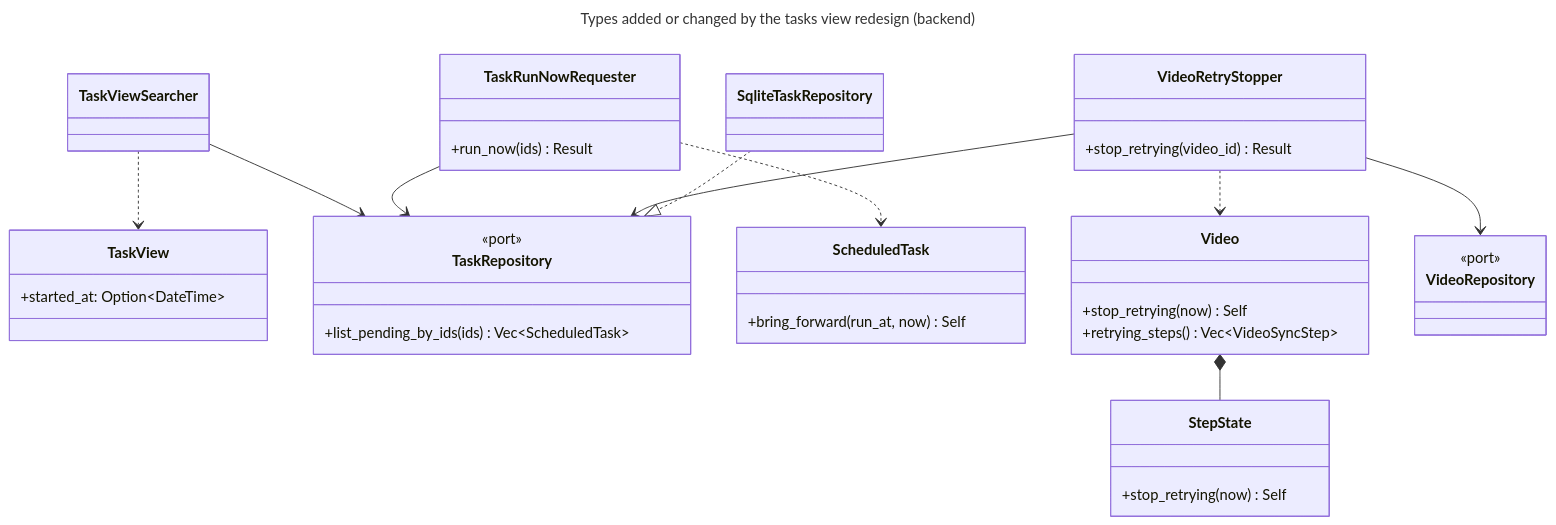
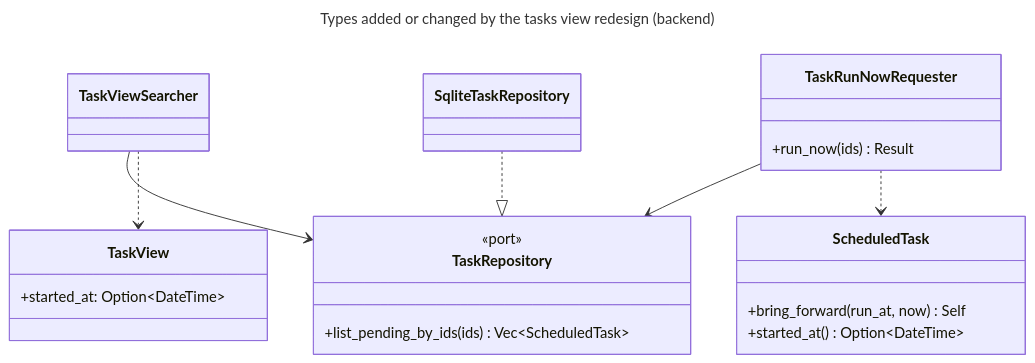
One commit to sergigp/yarrtube changed the first of 4 diagrams in openspec/changes/redesign-tasks-view/design.md. Above: the diagram before and after it, drawn with Mermaid. The commit also changed other lines of this file and 35 other files, not shown here.

First line of the commit message:
Drop Stop retrying and apply the audit and review fixes to the tasks view

````diff
--- a/openspec/changes/redesign-tasks-view/design.md
+++ b/openspec/changes/redesign-tasks-view/design.md
@@ -73,57 +88,38 @@
 ```mermaid
 ---
 title: Types added or changed by the tasks view redesign (backend)
 ---
 classDiagram
   classDef new fill:#d4f5d4,stroke:#2e7d32
   classDef changed fill:#fff1c2,stroke:#b58900
   classDef removed fill:#f8d4d4,stroke:#c62828,stroke-dasharray:4
 
   class TaskView {
     +started_at: Option~DateTime~
   }
   class TaskViewSearcher
   class TaskRunNowRequester {
     +run_now(ids) Result
   }
-  class VideoRetryStopper {
-    +stop_retrying(video_id) Result
-  }
   class TaskRepository {
     <<port>>
     +list_pending_by_ids(ids) Vec~ScheduledTask~
   }
   class SqliteTaskRepository
   class ScheduledTask {
     +bring_forward(run_at, now) Self
-  }
-  class Video {
-    +stop_retrying(now) Self
-    +retrying_steps() Vec~VideoSyncStep~
-  }
-  class StepState {
-    +stop_retrying(now) Self
-  }
-  class VideoRepository {
-    <<port>>
+    +started_at() Option~DateTime~
   }
 
   TaskViewSearcher --> TaskRepository
   TaskViewSearcher ..> TaskView
   TaskRunNowRequester --> TaskRepository
   TaskRunNowRequester ..> ScheduledTask
-  VideoRetryStopper --> VideoRepository
-  VideoRetryStopper --> TaskRepository
-  VideoRetryStopper ..> Video
-  Video *-- StepState
   SqliteTaskRepository ..|> TaskRepository
 
   class TaskView:::changed
   class TaskViewSearcher:::changed
   class TaskRunNowRequester:::new
-  class VideoRetryStopper:::new
   class TaskRepository:::changed
   class SqliteTaskRepository:::changed
-  class Video:::changed
-  class StepState:::changed
 ```
````
